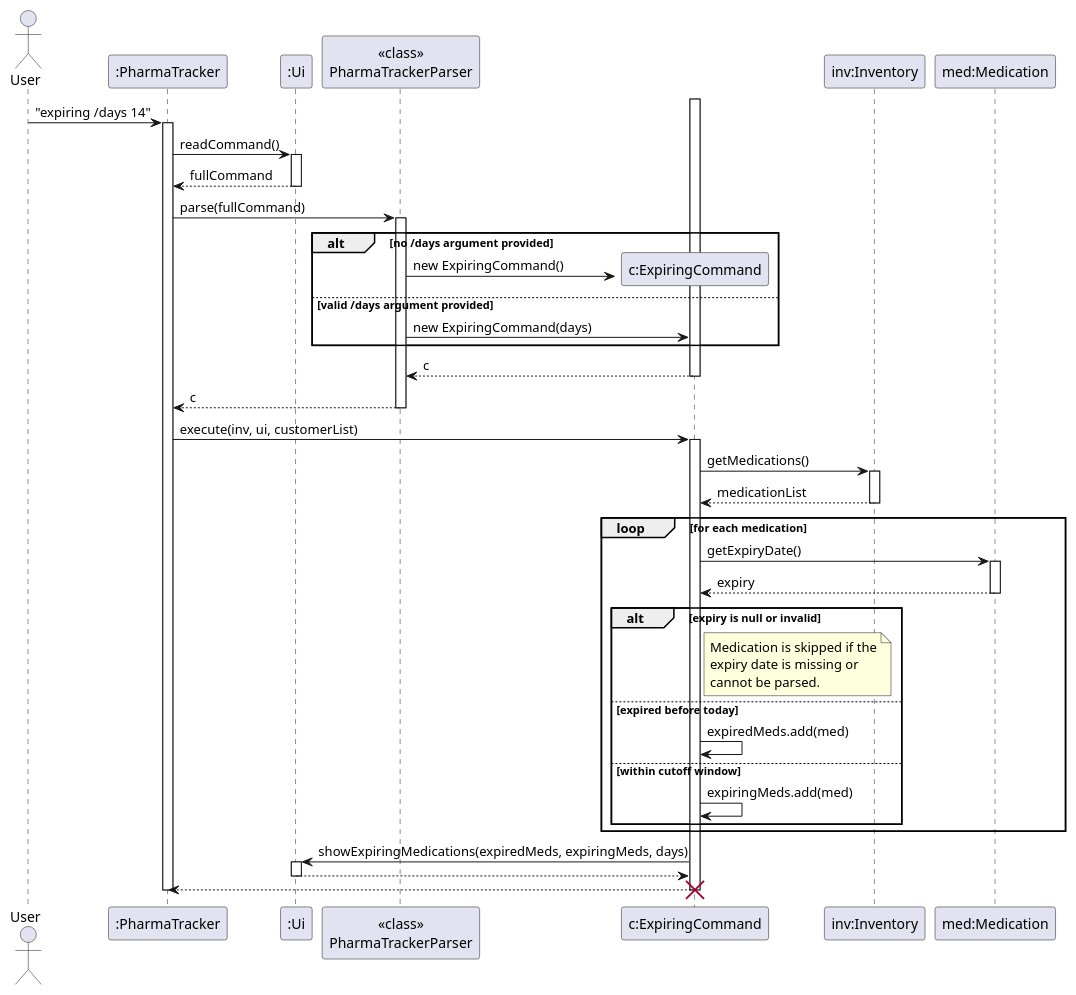
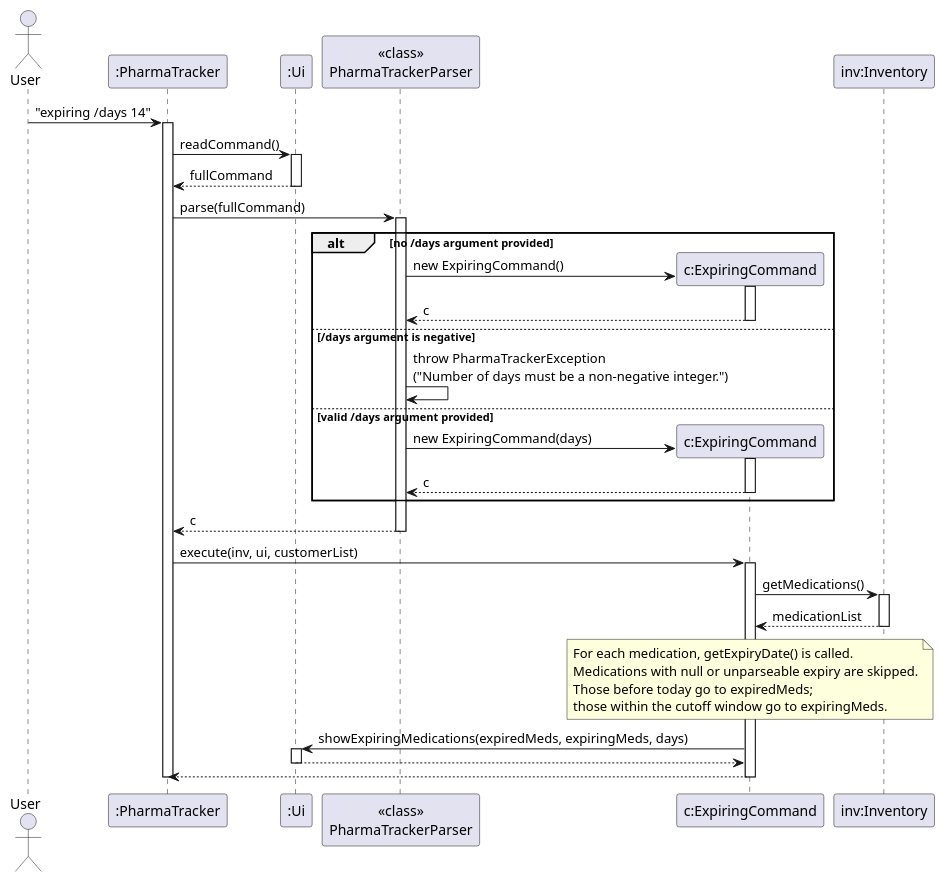
Before and after one commit to Yaqi66/tp: the diagram in docs/diagrams/ExpiringCommandSequence.puml, drawn with PlantUML. The commit also changed 21 other files, not shown here.

Commit message:
Update sequence diagrams

```diff
--- a/docs/diagrams/ExpiringCommandSequence.puml
+++ b/docs/diagrams/ExpiringCommandSequence.puml
@@ -1,73 +1,65 @@
 @startuml
 skinparam ArrowFontStyle plain
 
 actor User
 participant ":PharmaTracker" as PharmaTracker
 participant ":Ui" as Ui
 participant "<<class>>\nPharmaTrackerParser" as Parser
 participant "c:ExpiringCommand" as ExpiringCommand
 participant "inv:Inventory" as Inventory
-participant "med:Medication" as Medication
 
 User -> PharmaTracker : "expiring /days 14"
 activate PharmaTracker
 
 PharmaTracker -> Ui : readCommand()
 activate Ui
 Ui --> PharmaTracker : fullCommand
 deactivate Ui
 
 PharmaTracker -> Parser : parse(fullCommand)
 activate Parser
 
-create ExpiringCommand
 alt no /days argument provided
+    create ExpiringCommand
     Parser -> ExpiringCommand : new ExpiringCommand()
+    activate ExpiringCommand
+    ExpiringCommand --> Parser : c
+    deactivate ExpiringCommand
+else /days argument is negative
+    Parser -> Parser : throw PharmaTrackerException\n("Number of days must be a non-negative integer.")
 else valid /days argument provided
+    create ExpiringCommand
     Parser -> ExpiringCommand : new ExpiringCommand(days)
+    activate ExpiringCommand
+    ExpiringCommand --> Parser : c
+    deactivate ExpiringCommand
 end
-activate ExpiringCommand
-ExpiringCommand --> Parser : c
-deactivate ExpiringCommand
 
 Parser --> PharmaTracker : c
 deactivate Parser
 
 PharmaTracker -> ExpiringCommand : execute(inv, ui, customerList)
 activate ExpiringCommand
 
 ExpiringCommand -> Inventory : getMedications()
 activate Inventory
 Inventory --> ExpiringCommand : medicationList
 deactivate Inventory
 
-loop for each medication
-    ExpiringCommand -> Medication : getExpiryDate()
-    activate Medication
-    Medication --> ExpiringCommand : expiry
-    deactivate Medication
-
-    alt expiry is null or invalid
-        note right of ExpiringCommand
-          Medication is skipped if the
-          expiry date is missing or
-          cannot be parsed.
-        end note
-    else expired before today
-        ExpiringCommand -> ExpiringCommand : expiredMeds.add(med)
-    else within cutoff window
-        ExpiringCommand -> ExpiringCommand : expiringMeds.add(med)
-    end
-end
+note over ExpiringCommand
+  For each medication, getExpiryDate() is called.
+  Medications with null or unparseable expiry are skipped.
+  Those before today go to expiredMeds;
+  those within the cutoff window go to expiringMeds.
+end note
 
 ExpiringCommand -> Ui : showExpiringMedications(expiredMeds, expiringMeds, days)
 activate Ui
 Ui --> ExpiringCommand
 deactivate Ui
 
 ExpiringCommand --> PharmaTracker
 deactivate ExpiringCommand
-destroy ExpiringCommand
 
 deactivate PharmaTracker
 @enduml
```
